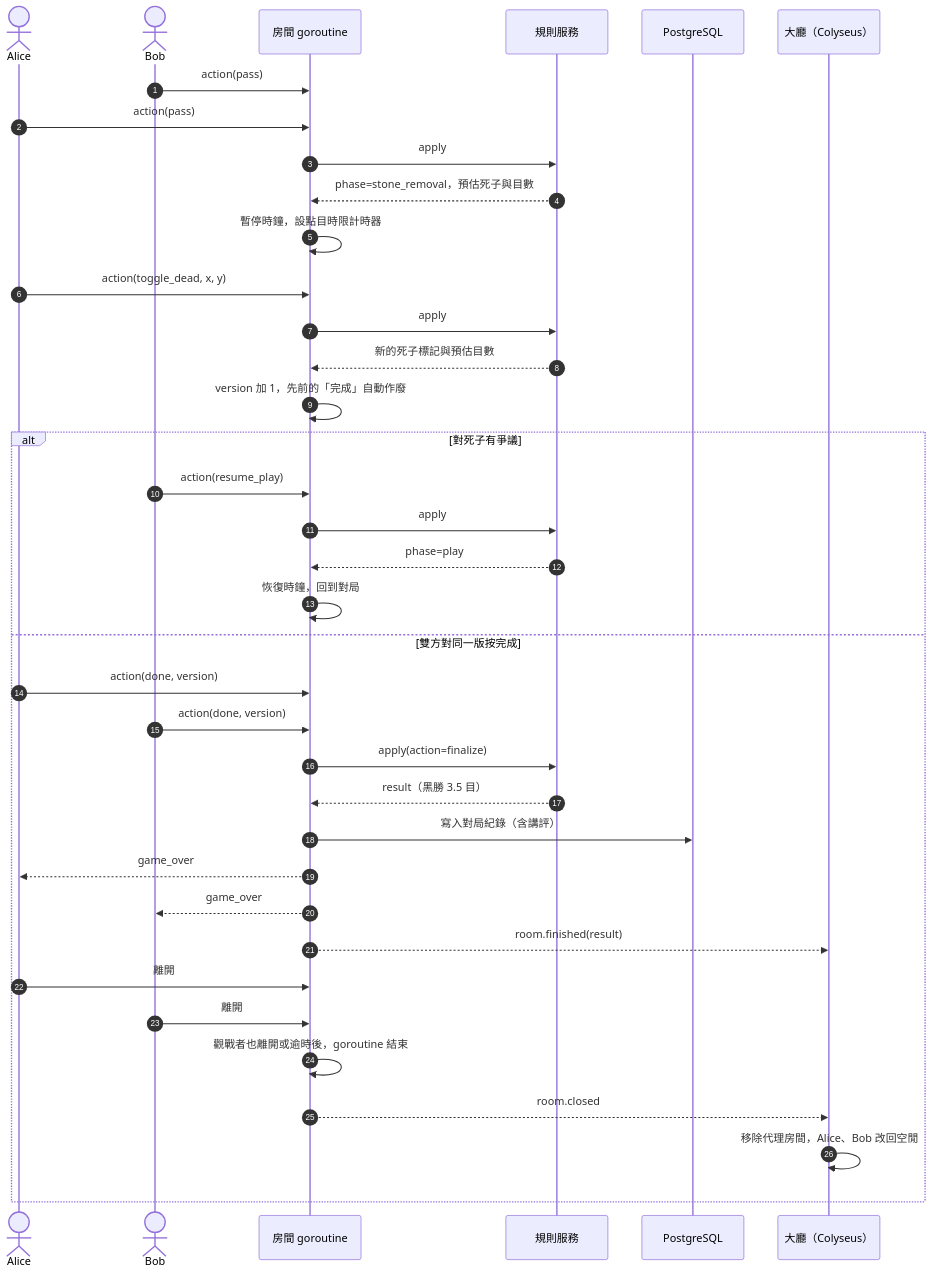
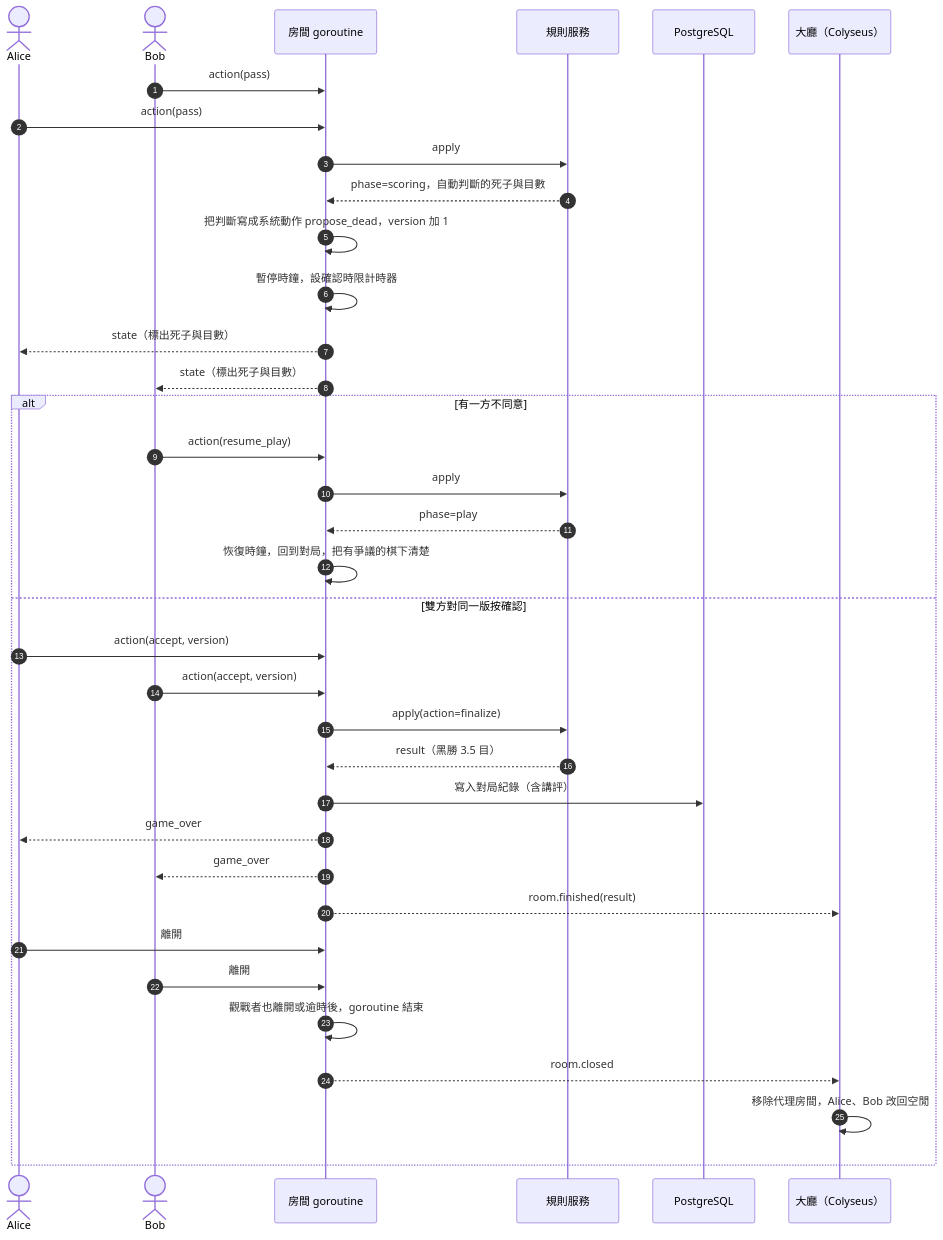
Before and after one commit to yshsu0918/yi-arena: the fifth of 5 diagrams in docs/arch2.md, drawn with Mermaid. The commit also changed other lines of this file, not shown here.

First line of the commit message:
arch2: end game with automatic dead-stone detection and mutual confirmation

````diff
--- a/docs/arch2.md
+++ b/docs/arch2.md
@@ -320,40 +322,39 @@
 ```mermaid
 sequenceDiagram
   autonumber
   actor A as Alice
   actor B as Bob
   participant R as 房間 goroutine
   participant S as 規則服務
   participant DB as PostgreSQL
   participant L as 大廳（Colyseus）
 
   B->>R: action(pass)
   A->>R: action(pass)
   R->>S: apply
-  S-->>R: phase=stone_removal，預估死子與目數
-  R->>R: 暫停時鐘，設點目時限計時器
-  A->>R: action(toggle_dead, x, y)
-  R->>S: apply
-  S-->>R: 新的死子標記與預估目數
-  R->>R: version 加 1，先前的「完成」自動作廢
-  alt 對死子有爭議
+  S-->>R: phase=scoring，自動判斷的死子與目數
+  R->>R: 把判斷寫成系統動作 propose_dead，version 加 1
+  R->>R: 暫停時鐘，設確認時限計時器
+  R-->>A: state（標出死子與目數）
+  R-->>B: state（標出死子與目數）
+  alt 有一方不同意
     B->>R: action(resume_play)
     R->>S: apply
     S-->>R: phase=play
-    R->>R: 恢復時鐘，回到對局
-  else 雙方對同一版按完成
-    A->>R: action(done, version)
-    B->>R: action(done, version)
+    R->>R: 恢復時鐘，回到對局，把有爭議的棋下清楚
+  else 雙方對同一版按確認
+    A->>R: action(accept, version)
+    B->>R: action(accept, version)
     R->>S: apply(action=finalize)
     S-->>R: result（黑勝 3.5 目）
     R->>DB: 寫入對局紀錄（含講評）
     R-->>A: game_over
     R-->>B: game_over
     R-->>L: room.finished(result)
     A->>R: 離開
     B->>R: 離開
     R->>R: 觀戰者也離開或逾時後，goroutine 結束
     R-->>L: room.closed
     L->>L: 移除代理房間，Alice、Bob 改回空閒
   end
 ```
````
